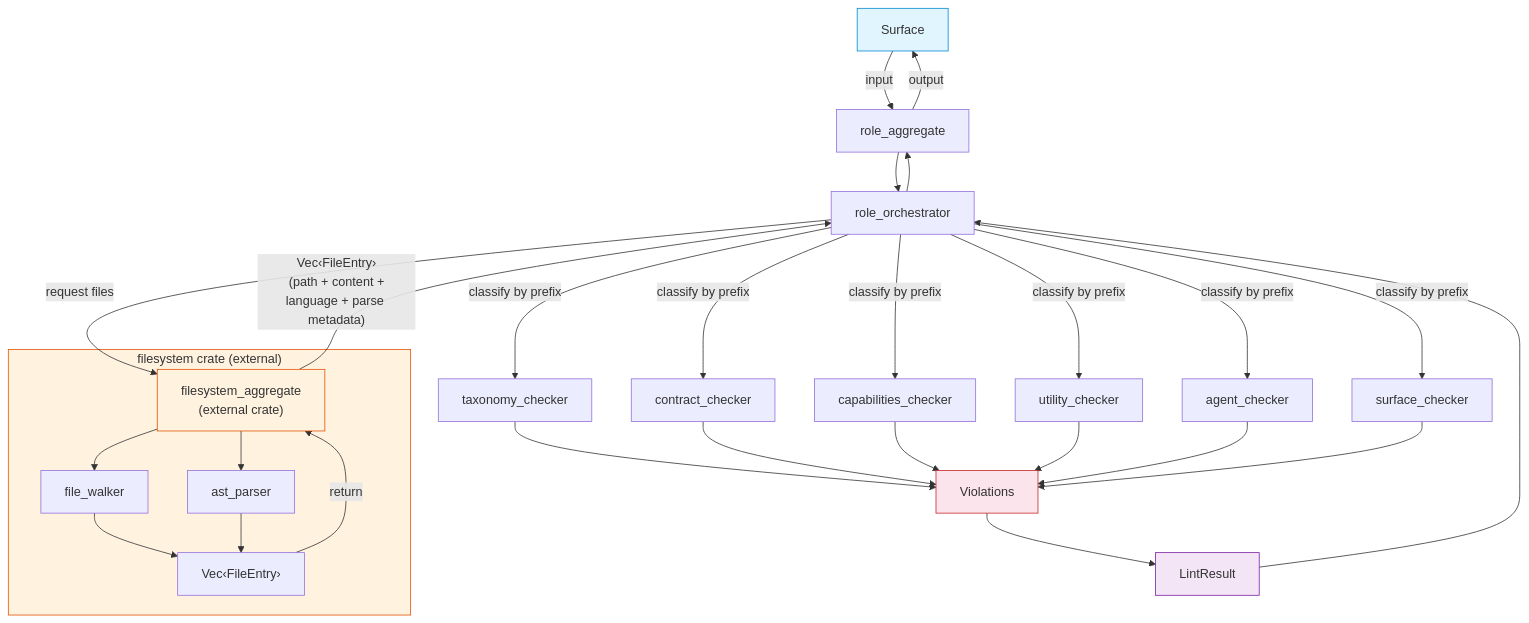
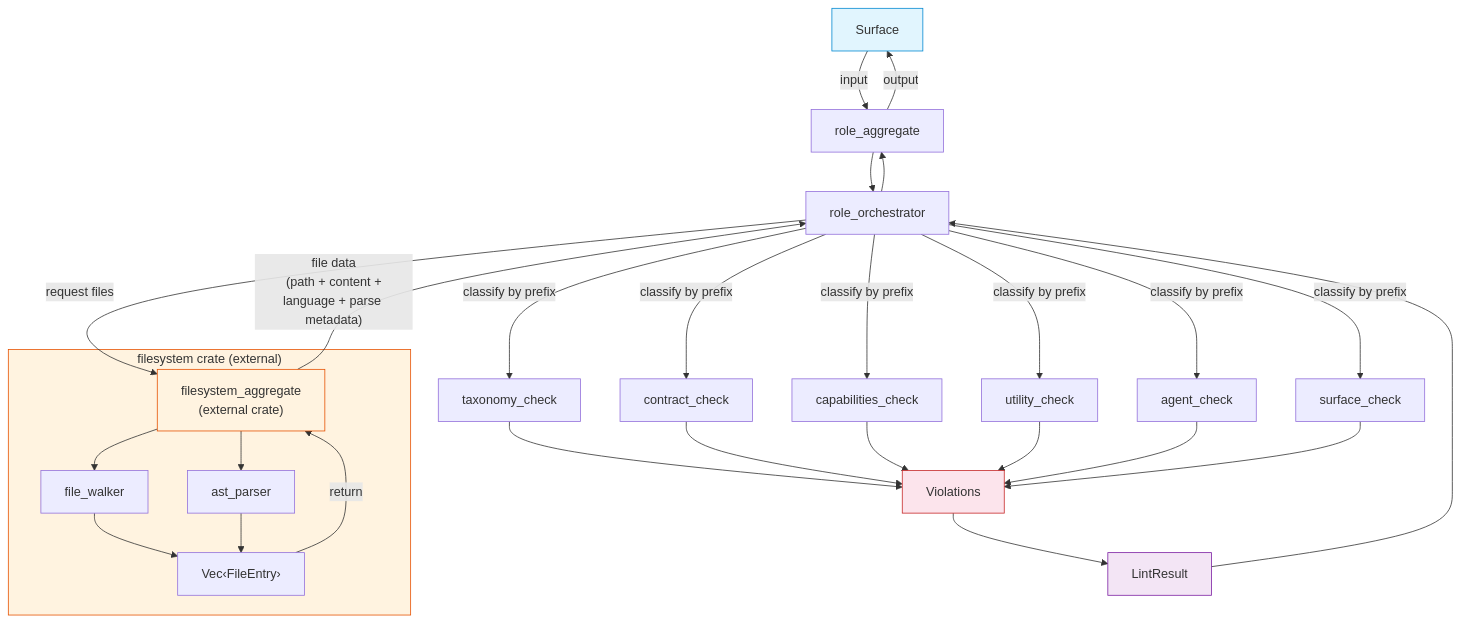
One commit to rakaarwaky/lint-arwaky changed the diagram in crates/role-rules/FRD.md. Above: the diagram before and after it, drawn with Mermaid. The commit also changed other lines of this file and 17 other files, not shown here.

Commit message:
docs: standardize FRD documentation terminology, structure, and Mermaid diagrams across all crates.

````diff
--- a/crates/role-rules/FRD.md
+++ b/crates/role-rules/FRD.md
@@ -15,41 +15,41 @@
 ```mermaid
 flowchart TD
     A["Surface"] -->|input| B["role_aggregate"]
     B --> C["role_orchestrator"]
 
     C -->|"request files"| D["filesystem_aggregate\n(external crate)"]
 
     subgraph FS ["filesystem crate (external)"]
         D --> E1["file_walker"]
         D --> E2["ast_parser"]
         E1 --> G1["Vec‹FileEntry›"]
         E2 --> G1
     end
 
     G1 -->|"return"| D
-    D -->|"Vec‹FileEntry›\n(path + content +\nlanguage + parse metadata)"| C
+    D -->|"file data\n(path + content +\nlanguage + parse metadata)"| C
 
-    C -->|"classify by prefix"| H1["taxonomy_checker"]
-    C -->|"classify by prefix"| H2["contract_checker"]
-    C -->|"classify by prefix"| H3["capabilities_checker"]
-    C -->|"classify by prefix"| H4["utility_checker"]
-    C -->|"classify by prefix"| H5["agent_checker"]
-    C -->|"classify by prefix"| H6["surface_checker"]
+    C -->|"classify by prefix"| H1["taxonomy_check"]
+    C -->|"classify by prefix"| H2["contract_check"]
+    C -->|"classify by prefix"| H3["capabilities_check"]
+    C -->|"classify by prefix"| H4["utility_check"]
+    C -->|"classify by prefix"| H5["agent_check"]
+    C -->|"classify by prefix"| H6["surface_check"]
 
     H1 --> I["Violations"]
     H2 --> I
     H3 --> I
     H4 --> I
     H5 --> I
     H6 --> I
     I --> J["LintResult"]
     J --> C
     C --> B
     B -->|output| A
 
     style A fill:#e1f5fe,stroke:#0288d1
     style FS fill:#fff3e0,stroke:#e65100
     style D fill:#fff3e0,stroke:#e65100
     style I fill:#fce4ec,stroke:#c62828
     style J fill:#f3e5f5,stroke:#7b1fa2
 ```
````
